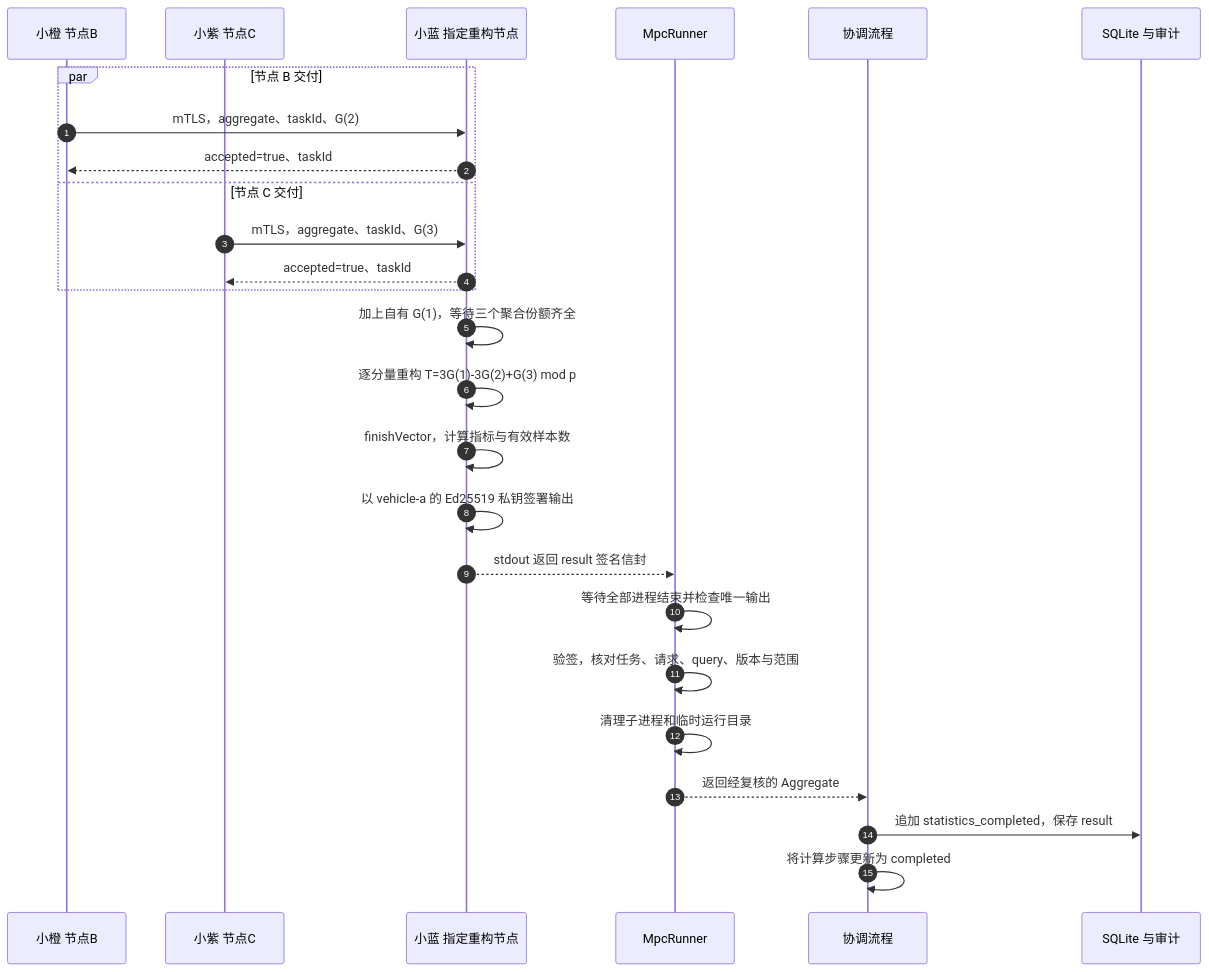
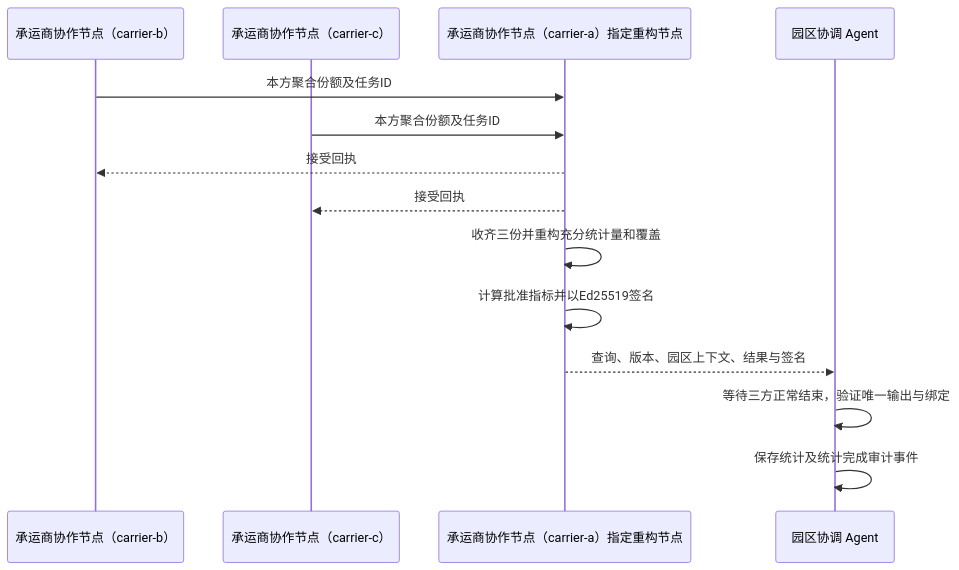
Before and after one commit to shutingchai5-ux/vectra-source-0.2.0: the sixth of 8 diagrams in project_document.md, drawn with Mermaid. The commit also changed other lines of this file and 622 other files, not shown here.

````diff
--- a/project_document.md
+++ b/project_document.md
@@ -458,28 +230,16 @@
 ```mermaid
 sequenceDiagram
-    autonumber
-    participant B as 小橙 节点B
-    participant C as 小紫 节点C
-    participant A as 小蓝 指定重构节点
-    participant R as MpcRunner
-    participant S as 协调流程
-    participant D as SQLite 与审计
-    par 节点 B 交付
-        B->>A: mTLS，aggregate、taskId、G(2)
-        A-->>B: accepted=true、taskId
-    and 节点 C 交付
-        C->>A: mTLS，aggregate、taskId、G(3)
-        A-->>C: accepted=true、taskId
-    end
-    A->>A: 加上自有 G(1)，等待三个聚合份额齐全
-    A->>A: 逐分量重构 T=3G(1)-3G(2)+G(3) mod p
-    A->>A: finishVector，计算指标与有效样本数
-    A->>A: 以 vehicle-a 的 Ed25519 私钥签署输出
-    A-->>R: stdout 返回 result 签名信封
-    R->>R: 等待全部进程结束并检查唯一输出
-    R->>R: 验签，核对任务、请求、query、版本与范围
-    R->>R: 清理子进程和临时运行目录
-    R-->>S: 返回经复核的 Aggregate
-    S->>D: 追加 statistics_completed，保存 result
-    S->>S: 将计算步骤更新为 completed
+  participant B as 承运商协作节点（carrier-b）
+  participant C as 承运商协作节点（carrier-c）
+  participant A as 承运商协作节点（carrier-a）指定重构节点
+  participant R as 园区协调 Agent
+  B->>A: 本方聚合份额及任务ID
+  C->>A: 本方聚合份额及任务ID
+  A-->>B: 接受回执
+  A-->>C: 接受回执
+  A->>A: 收齐三份并重构充分统计量和覆盖
+  A->>A: 计算批准指标并以Ed25519签名
+  A-->>R: 查询、版本、园区上下文、结果与签名
+  R->>R: 等待三方正常结束，验证唯一输出与绑定
+  R->>R: 保存统计及统计完成审计事件
 ```
````
